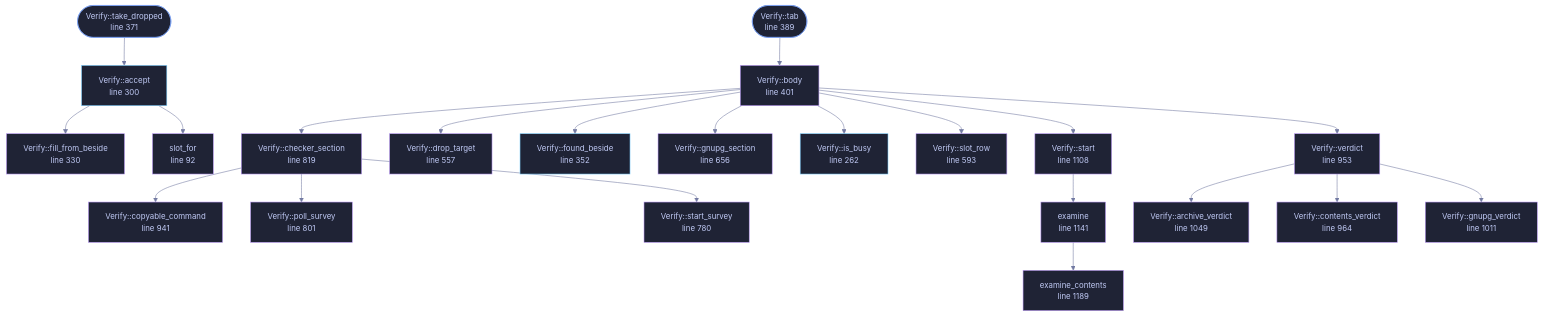
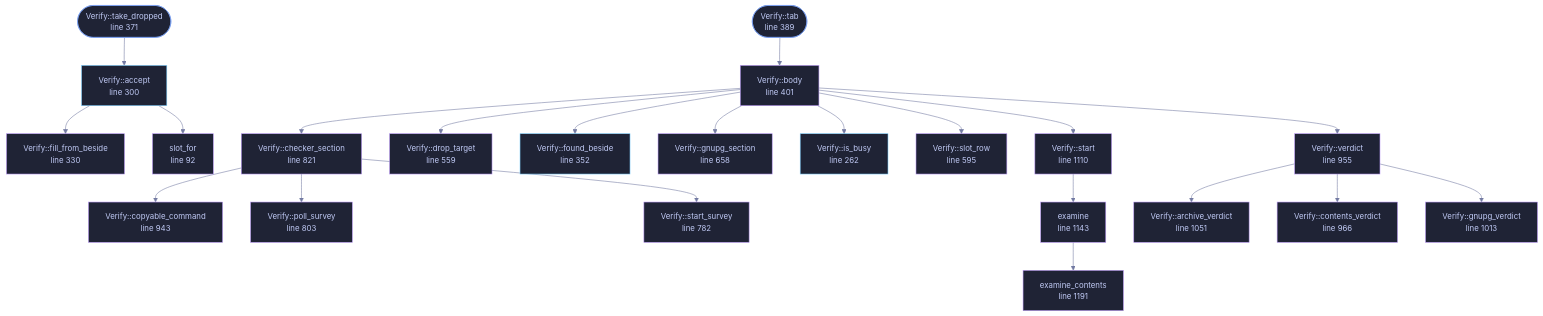
The diagram in docs/files/veilvoice-gui/verify.md (tilas01/veilvoice), drawn with Mermaid before and after one commit. The commit also changed other lines of this file and 92 other files, not shown here.

````diff
--- a/docs/files/veilvoice-gui/verify.md
+++ b/docs/files/veilvoice-gui/verify.md
@@ -135,74 +135,74 @@
 ```mermaid
 %%{init: {"theme":"base","themeVariables":{"background":"#1a1b26","primaryColor":"#1f2335","primaryTextColor":"#c0caf5","primaryBorderColor":"#7aa2f7","secondaryColor":"#16161e","tertiaryColor":"#16161e","lineColor":"#737aa2","textColor":"#c0caf5","mainBkg":"#1f2335","nodeBorder":"#7aa2f7","clusterBkg":"#16161e","clusterBorder":"#2f3549","fontFamily":"ui-monospace, SFMono-Regular, Consolas, monospace","fontSize":"14px"}}}%%
 flowchart TD
     n_slot_for["slot_for<br/>line 92"]
     n_is_busy["Verify::is_busy<br/>line 262"]
     n_accept["Verify::accept<br/>line 300"]
     n_fill_from_beside["Verify::fill_from_beside<br/>line 330"]
     n_found_beside["Verify::found_beside<br/>line 352"]
     n_take_dropped(["Verify::take_dropped<br/>line 371"])
     n_tab(["Verify::tab<br/>line 389"])
     n_body["Verify::body<br/>line 401"]
-    n_drop_target["Verify::drop_target<br/>line 557"]
-    n_slot_row["Verify::slot_row<br/>line 593"]
-    n_gnupg_section["Verify::gnupg_section<br/>line 656"]
-    n_start_survey["Verify::start_survey<br/>line 780"]
-    n_poll_survey["Verify::poll_survey<br/>line 801"]
-    n_checker_section["Verify::checker_section<br/>line 819"]
-    n_copyable_command["Verify::copyable_command<br/>line 941"]
-    n_verdict["Verify::verdict<br/>line 953"]
-    n_contents_verdict["Verify::contents_verdict<br/>line 964"]
-    n_gnupg_verdict["Verify::gnupg_verdict<br/>line 1011"]
-    n_archive_verdict["Verify::archive_verdict<br/>line 1049"]
-    n_start["Verify::start<br/>line 1108"]
-    n_examine["examine<br/>line 1141"]
-    n_examine_contents["examine_contents<br/>line 1189"]
+    n_drop_target["Verify::drop_target<br/>line 559"]
+    n_slot_row["Verify::slot_row<br/>line 595"]
+    n_gnupg_section["Verify::gnupg_section<br/>line 658"]
+    n_start_survey["Verify::start_survey<br/>line 782"]
+    n_poll_survey["Verify::poll_survey<br/>line 803"]
+    n_checker_section["Verify::checker_section<br/>line 821"]
+    n_copyable_command["Verify::copyable_command<br/>line 943"]
+    n_verdict["Verify::verdict<br/>line 955"]
+    n_contents_verdict["Verify::contents_verdict<br/>line 966"]
+    n_gnupg_verdict["Verify::gnupg_verdict<br/>line 1013"]
+    n_archive_verdict["Verify::archive_verdict<br/>line 1051"]
+    n_start["Verify::start<br/>line 1110"]
+    n_examine["examine<br/>line 1143"]
+    n_examine_contents["examine_contents<br/>line 1191"]
     n_accept --> n_fill_from_beside
     n_accept --> n_slot_for
     n_body --> n_checker_section
     n_body --> n_drop_target
     n_body --> n_found_beside
     n_body --> n_gnupg_section
     n_body --> n_is_busy
     n_body --> n_slot_row
     n_body --> n_start
     n_body --> n_verdict
     n_checker_section --> n_copyable_command
     n_checker_section --> n_poll_survey
     n_checker_section --> n_start_survey
     n_examine --> n_examine_contents
     n_start --> n_examine
     n_tab --> n_body
     n_take_dropped --> n_accept
     n_verdict --> n_archive_verdict
     n_verdict --> n_contents_verdict
     n_verdict --> n_gnupg_verdict
     click n_slot_for href "https://github.com/tilas01/veilvoice/blob/main/crates/veilvoice-gui/src/verify.rs#L92" "open the source"
     click n_is_busy href "https://github.com/tilas01/veilvoice/blob/main/crates/veilvoice-gui/src/verify.rs#L262" "open the source"
     click n_accept href "https://github.com/tilas01/veilvoice/blob/main/crates/veilvoice-gui/src/verify.rs#L300" "open the source"
     click n_fill_from_beside href "https://github.com/tilas01/veilvoice/blob/main/crates/veilvoice-gui/src/verify.rs#L330" "open the source"
     click n_found_beside href "https://github.com/tilas01/veilvoice/blob/main/crates/veilvoice-gui/src/verify.rs#L352" "open the source"
     click n_take_dropped href "https://github.com/tilas01/veilvoice/blob/main/crates/veilvoice-gui/src/verify.rs#L371" "open the source"
     click n_tab href "https://github.com/tilas01/veilvoice/blob/main/crates/veilvoice-gui/src/verify.rs#L389" "open the source"
     click n_body href "https://github.com/tilas01/veilvoice/blob/main/crates/veilvoice-gui/src/verify.rs#L401" "open the source"
-    click n_drop_target href "https://github.com/tilas01/veilvoice/blob/main/crates/veilvoice-gui/src/verify.rs#L557" "open the source"
-    click n_slot_row href "https://github.com/tilas01/veilvoice/blob/main/crates/veilvoice-gui/src/verify.rs#L593" "open the source"
-    click n_gnupg_section href "https://github.com/tilas01/veilvoice/blob/main/crates/veilvoice-gui/src/verify.rs#L656" "open the source"
-    click n_start_survey href "https://github.com/tilas01/veilvoice/blob/main/crates/veilvoice-gui/src/verify.rs#L780" "open the source"
-    click n_poll_survey href "https://github.com/tilas01/veilvoice/blob/main/crates/veilvoice-gui/src/verify.rs#L801" "open the source"
-    click n_checker_section href "https://github.com/tilas01/veilvoice/blob/main/crates/veilvoice-gui/src/verify.rs#L819" "open the source"
-    click n_copyable_command href "https://github.com/tilas01/veilvoice/blob/main/crates/veilvoice-gui/src/verify.rs#L941" "open the source"
-    click n_verdict href "https://github.com/tilas01/veilvoice/blob/main/crates/veilvoice-gui/src/verify.rs#L953" "open the source"
-    click n_contents_verdict href "https://github.com/tilas01/veilvoice/blob/main/crates/veilvoice-gui/src/verify.rs#L964" "open the source"
-    click n_gnupg_verdict href "https://github.com/tilas01/veilvoice/blob/main/crates/veilvoice-gui/src/verify.rs#L1011" "open the source"
-    click n_archive_verdict href "https://github.com/tilas01/veilvoice/blob/main/crates/veilvoice-gui/src/verify.rs#L1049" "open the source"
-    click n_start href "https://github.com/tilas01/veilvoice/blob/main/crates/veilvoice-gui/src/verify.rs#L1108" "open the source"
-    click n_examine href "https://github.com/tilas01/veilvoice/blob/main/crates/veilvoice-gui/src/verify.rs#L1141" "open the source"
-    click n_examine_contents href "https://github.com/tilas01/veilvoice/blob/main/crates/veilvoice-gui/src/verify.rs#L1189" "open the source"
+    click n_drop_target href "https://github.com/tilas01/veilvoice/blob/main/crates/veilvoice-gui/src/verify.rs#L559" "open the source"
+    click n_slot_row href "https://github.com/tilas01/veilvoice/blob/main/crates/veilvoice-gui/src/verify.rs#L595" "open the source"
+    click n_gnupg_section href "https://github.com/tilas01/veilvoice/blob/main/crates/veilvoice-gui/src/verify.rs#L658" "open the source"
+    click n_start_survey href "https://github.com/tilas01/veilvoice/blob/main/crates/veilvoice-gui/src/verify.rs#L782" "open the source"
+    click n_poll_survey href "https://github.com/tilas01/veilvoice/blob/main/crates/veilvoice-gui/src/verify.rs#L803" "open the source"
+    click n_checker_section href "https://github.com/tilas01/veilvoice/blob/main/crates/veilvoice-gui/src/verify.rs#L821" "open the source"
+    click n_copyable_command href "https://github.com/tilas01/veilvoice/blob/main/crates/veilvoice-gui/src/verify.rs#L943" "open the source"
+    click n_verdict href "https://github.com/tilas01/veilvoice/blob/main/crates/veilvoice-gui/src/verify.rs#L955" "open the source"
+    click n_contents_verdict href "https://github.com/tilas01/veilvoice/blob/main/crates/veilvoice-gui/src/verify.rs#L966" "open the source"
+    click n_gnupg_verdict href "https://github.com/tilas01/veilvoice/blob/main/crates/veilvoice-gui/src/verify.rs#L1013" "open the source"
+    click n_archive_verdict href "https://github.com/tilas01/veilvoice/blob/main/crates/veilvoice-gui/src/verify.rs#L1051" "open the source"
+    click n_start href "https://github.com/tilas01/veilvoice/blob/main/crates/veilvoice-gui/src/verify.rs#L1110" "open the source"
+    click n_examine href "https://github.com/tilas01/veilvoice/blob/main/crates/veilvoice-gui/src/verify.rs#L1143" "open the source"
+    click n_examine_contents href "https://github.com/tilas01/veilvoice/blob/main/crates/veilvoice-gui/src/verify.rs#L1191" "open the source"
     classDef entry fill:#1f2335,stroke:#7aa2f7,color:#c0caf5
     class n_take_dropped,n_tab entry
     classDef api fill:#1f2335,stroke:#7dcfff,color:#c0caf5
     class n_is_busy,n_accept,n_found_beside api
     classDef helper fill:#1f2335,stroke:#bb9af7,color:#c0caf5
     class n_slot_for,n_fill_from_beside,n_body,n_drop_target,n_slot_row,n_gnupg_section,n_start_survey,n_poll_survey,n_checker_section,n_copyable_command,n_verdict,n_contents_verdict,n_gnupg_verdict,n_archive_verdict,n_start,n_examine,n_examine_contents helper
 ```
````
